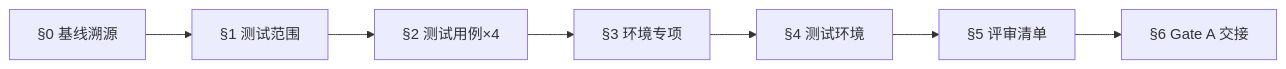
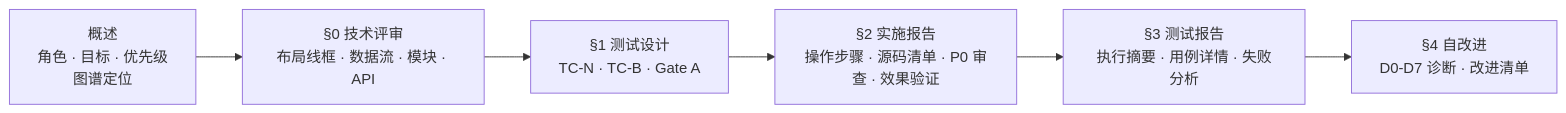
Before and after one commit to effiy/YrY: the fifth of 7 diagrams in skills/rui/formulas.md, drawn with Mermaid. The commit also changed other lines of this file and 37 other files, not shown here.

````diff
--- a/skills/rui/formulas.md
+++ b/skills/rui/formulas.md
@@ -375,9 +251,8 @@
 ```mermaid
 flowchart LR
-    S0["§0 基线溯源"] --> S1["§1 测试范围"]
-    S1 --> S2["§2 测试用例×4"]
-    S2 --> S3["§3 环境专项"]
-    S3 --> S4["§4 测试环境"]
-    S4 --> S5["§5 评审清单"]
-    S5 --> S6["§6 Gate A 交接"]
+    SOVERVIEW["概述<br/>角色 · 目标 · 优先级<br/>图谱定位"] --> S0["§0 技术评审<br/>布局线框 · 数据流 · 模块 · API"]
+    S0 --> S1["§1 测试设计<br/>TC-N · TC-B · Gate A"]
+    S1 --> S2["§2 实施报告<br/>操作步骤 · 源码清单 · P0 审查 · 效果验证"]
+    S2 --> S3["§3 测试报告<br/>执行摘要 · 用例详情 · 失败分析"]
+    S3 --> S4["§4 自改进<br/>D0-D7 诊断 · 改进清单"]
 ```
````
